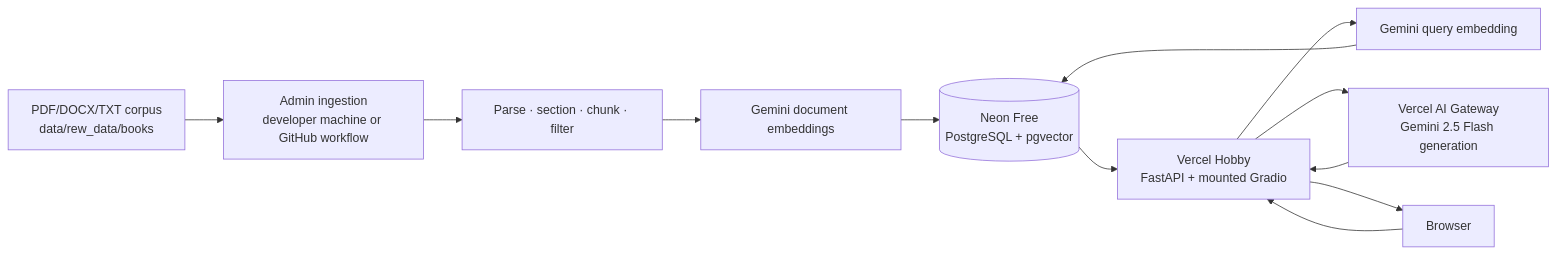
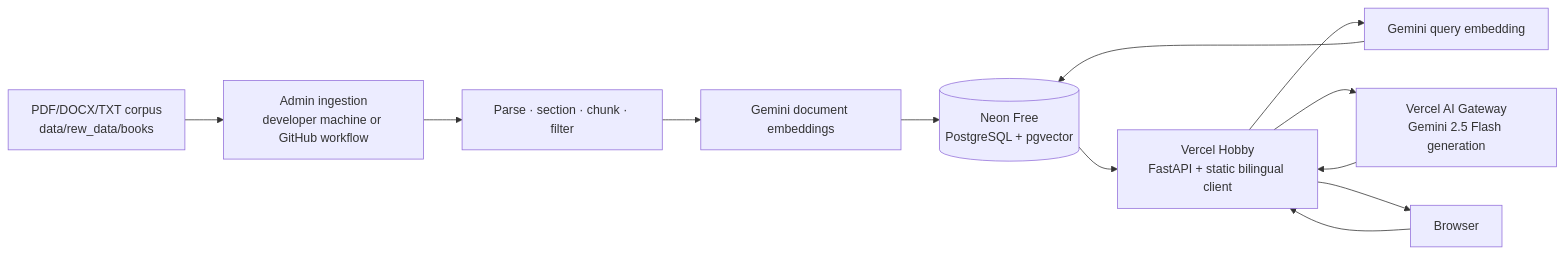
Before and after one commit to ahmedelbamby-aast/Creativa-Hackathon-Clinical-Rag: the fifth of 5 diagrams in README.md, drawn with Mermaid. The commit also changed other lines of this file and 5 other files, not shown here.

````diff
--- a/README.md
+++ b/README.md
@@ -388,16 +391,16 @@
 ```mermaid
 flowchart LR
     corpus["PDF/DOCX/TXT corpus<br/>data/rew_data/books"]
     admin["Admin ingestion<br/>developer machine or GitHub workflow"]
     parsing["Parse · section · chunk · filter"]
     documentEmbeddings["Gemini document embeddings"]
     neon[("Neon Free<br/>PostgreSQL + pgvector")]
     browser["Browser"]
-    vercel["Vercel Hobby<br/>FastAPI + mounted Gradio"]
+    vercel["Vercel Hobby<br/>FastAPI + static bilingual client"]
     queryEmbedding["Gemini query embedding"]
     generation["Vercel AI Gateway<br/>Gemini 2.5 Flash generation"]
 
     corpus --> admin --> parsing --> documentEmbeddings --> neon
     browser --> vercel --> queryEmbedding --> neon
     neon --> vercel --> generation --> vercel --> browser
 ```
````
